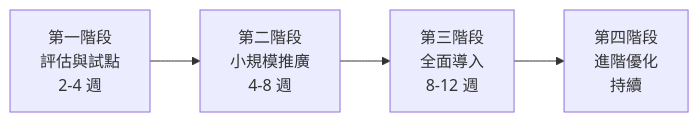
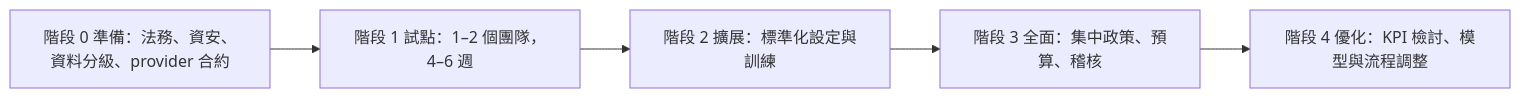
Before and after one commit to chihhung/Blog: the ninth of 13 diagrams in content/posts/教學/AI開發/opencode生態系教學手冊.md, drawn with Mermaid. The commit also changed other lines of this file and 4 other files, not shown here.

````diff
--- a/content/posts/教學/AI開發/opencode生態系教學手冊.md
+++ b/content/posts/教學/AI開發/opencode生態系教學手冊.md
@@ -4450,6 +4038,7 @@
 ```mermaid
-graph LR
-    P1["第一階段<br/>評估與試點<br/>2-4 週"] --> P2["第二階段<br/>小規模推廣<br/>4-8 週"]
-    P2 --> P3["第三階段<br/>全面導入<br/>8-12 週"]
-    P3 --> P4["第四階段<br/>進階優化<br/>持續"]
+flowchart LR
+    P0["階段 0 準備：法務、資安、資料分級、provider 合約"] --> P1["階段 1 試點：1–2 個團隊，4–6 週"]
+    P1 --> P2["階段 2 擴展：標準化設定與訓練"]
+    P2 --> P3["階段 3 全面：集中政策、預算、稽核"]
+    P3 --> P4["階段 4 優化：KPI 檢討、模型與流程調整"]
 ```
````
